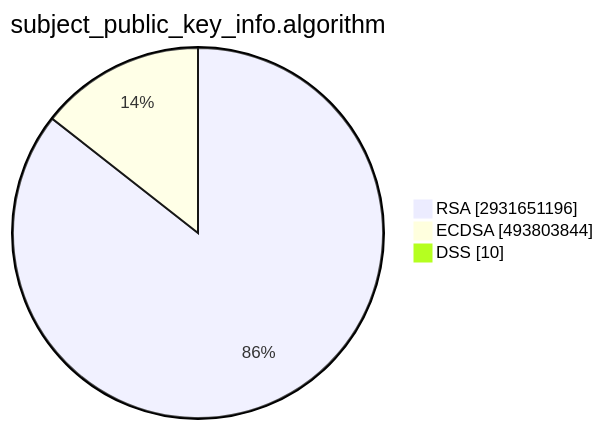
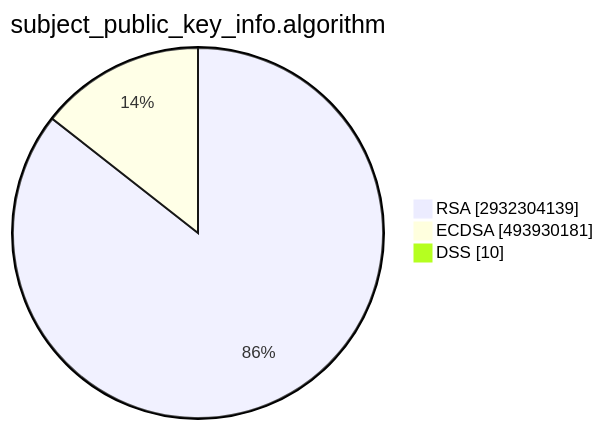
The second of 15 diagrams in TOTAL/README.md (christiankrug/ctmonitor_visualization), drawn with Mermaid before and after one commit. The commit also changed other lines of this file, not shown here.

````diff
--- a/TOTAL/README.md
+++ b/TOTAL/README.md
@@ -6,7 +6,7 @@
 ```mermaid
 pie showData
 title subject_public_key_info.algorithm
-"RSA" :2931651196
-"ECDSA" :493803844
+"RSA" :2932304139
+"ECDSA" :493930181
 "DSS" :10
 ```
````
